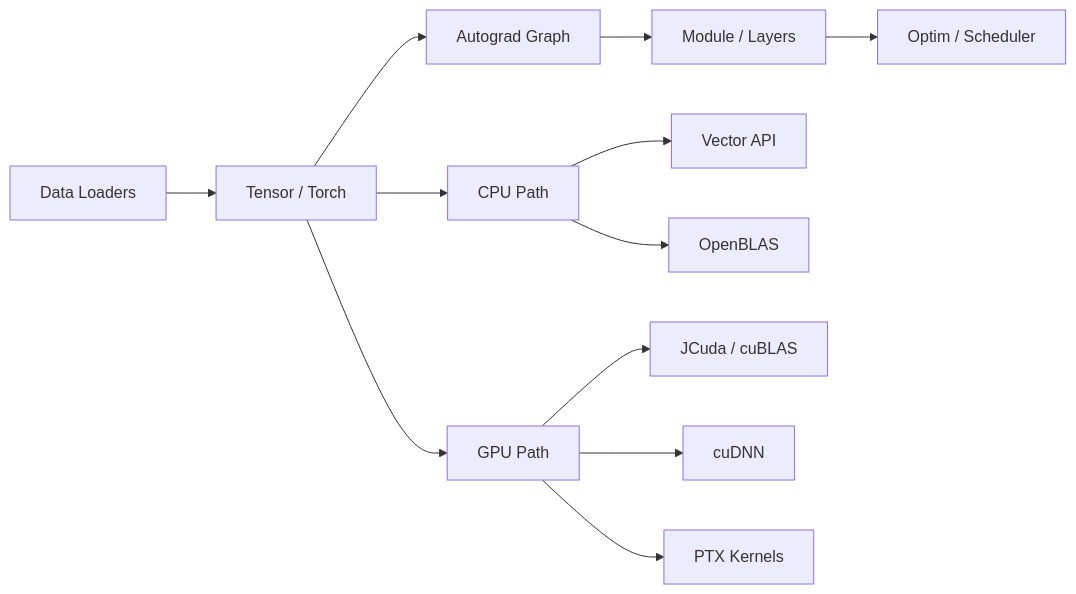
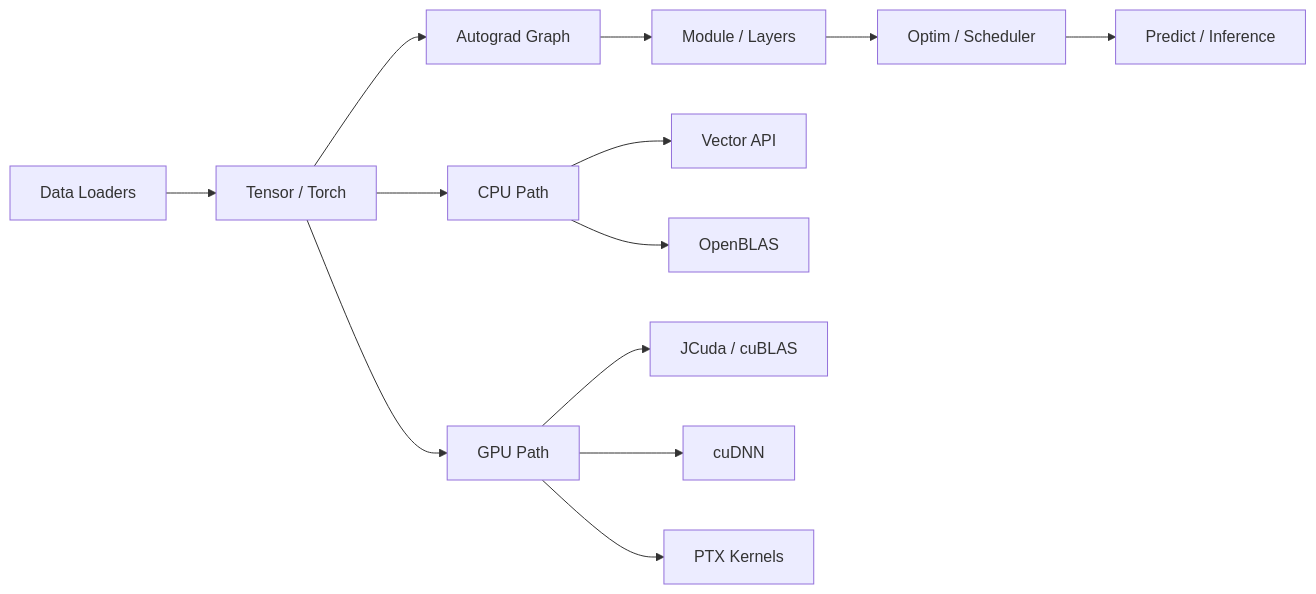
Before and after one commit to thanhdatnguyentk/JavaTorch: the diagram in README.md, drawn with Mermaid. The commit also changed other lines of this file and 16 other files, not shown here.

````diff
--- a/README.md
+++ b/README.md
@@ -32,14 +32,15 @@
 ```mermaid
 flowchart LR
     A[Data Loaders] --> B[Tensor / Torch]
     B --> C[Autograd Graph]
     C --> D[Module / Layers]
     D --> E[Optim / Scheduler]
+    E --> P[Predict / Inference]
     B --> F[CPU Path]
     B --> G[GPU Path]
     F --> H[Vector API]
     F --> I[OpenBLAS]
     G --> J[JCuda / cuBLAS]
     G --> K[cuDNN]
     G --> L[PTX Kernels]
 ```
````
